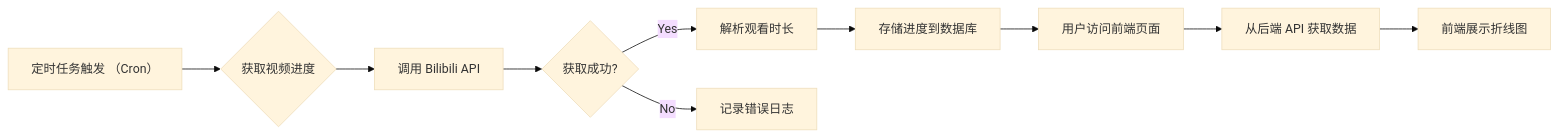
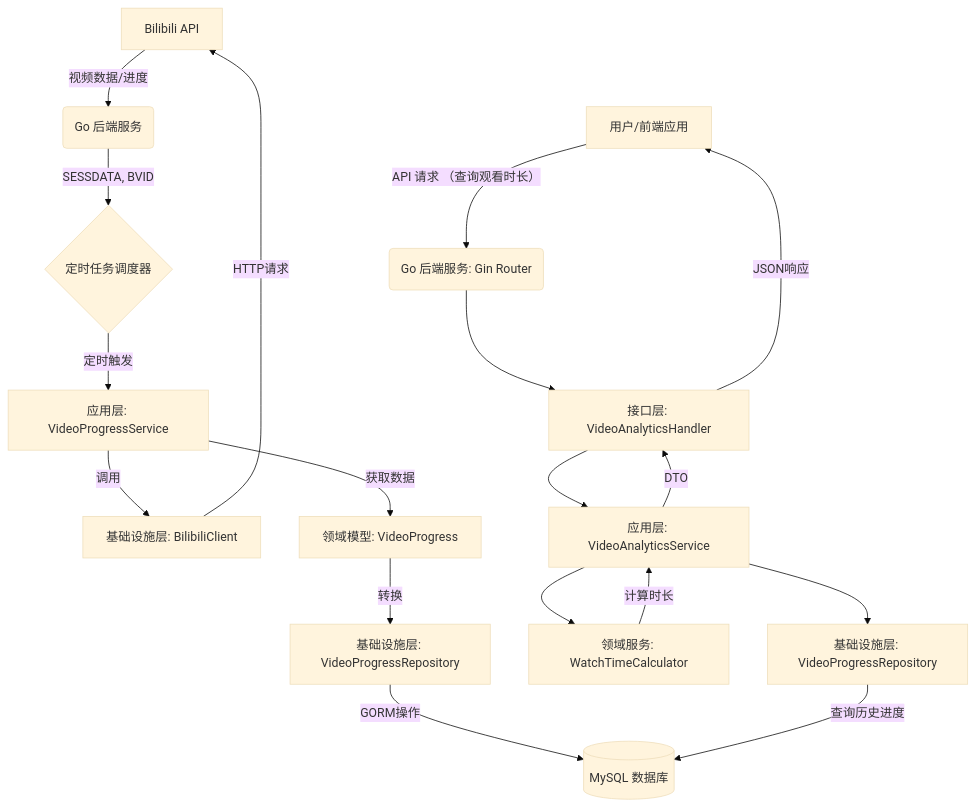
Before and after one commit to krisxia0506/bilibili-watcher: the first of 2 diagrams in README.md, drawn with Mermaid (base theme). The commit also changed other lines of this file and 10 other files, not shown here.

````diff
--- a/README.md
+++ b/README.md
@@ -14,12 +17,20 @@
 ```mermaid
-graph LR
-    A[定时任务触发 （Cron）] --> B{获取视频进度};
-    B --> C[调用 Bilibili API];
-    C --> D{获取成功?};
-    D -- Yes --> E[解析观看时长];
-    E --> F[存储进度到数据库];
-    D -- No --> G[记录错误日志];
-    F --> H[用户访问前端页面];
-    H --> I[从后端 API 获取数据];
-    I --> J[前端展示折线图];
+graph TD
+    A[Bilibili API] -->|视频数据/进度| B(Go 后端服务);
+    B -->|SESSDATA, BVID| C{定时任务调度器};
+    C -- 定时触发 --> D[应用层: VideoProgressService];
+    D -- 调用 --> E[基础设施层: BilibiliClient];
+    E -- HTTP请求 --> A;
+    D -- 获取数据 --> F[领域模型: VideoProgress];
+    F -- 转换 --> G[基础设施层: VideoProgressRepository];
+    G -- GORM操作 --> H[(MySQL 数据库)];
+    I[用户/前端应用] -->|API 请求 （查询观看时长）| J(Go 后端服务: Gin Router);
+    J --> K[接口层: VideoAnalyticsHandler];
+    K --> L[应用层: VideoAnalyticsService];
+    L --> M[领域服务: WatchTimeCalculator];
+    L --> N[基础设施层: VideoProgressRepository];
+    N -- 查询历史进度 --> H;
+    M -- 计算时长 --> L;
+    L -- DTO --> K;
+    K -- JSON响应 --> I;
 ```
````
